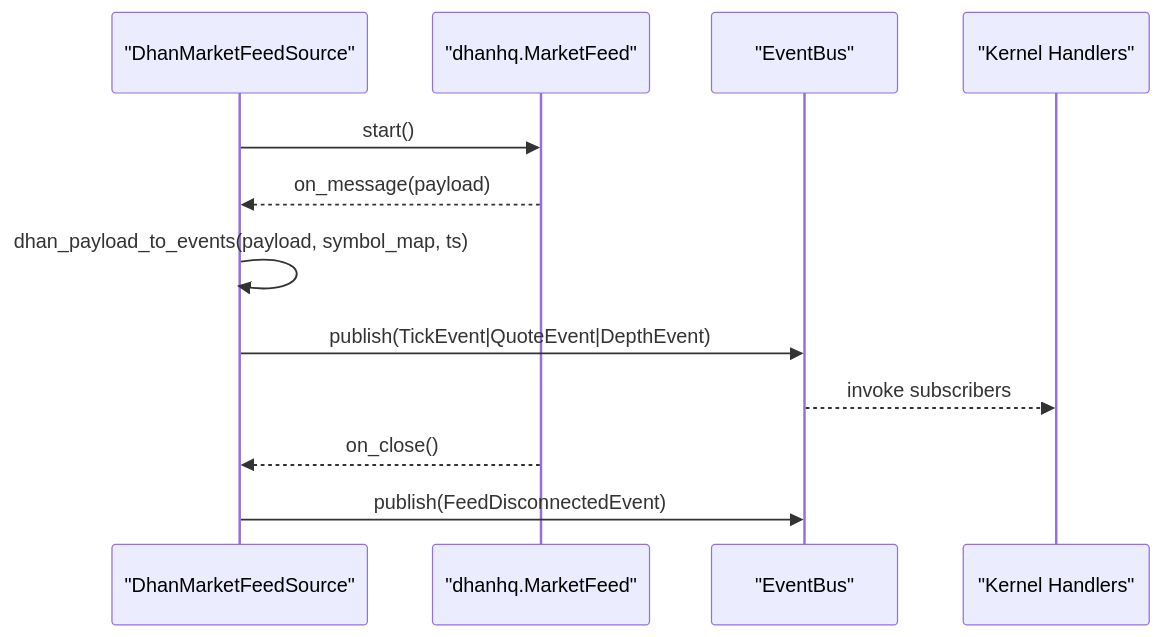
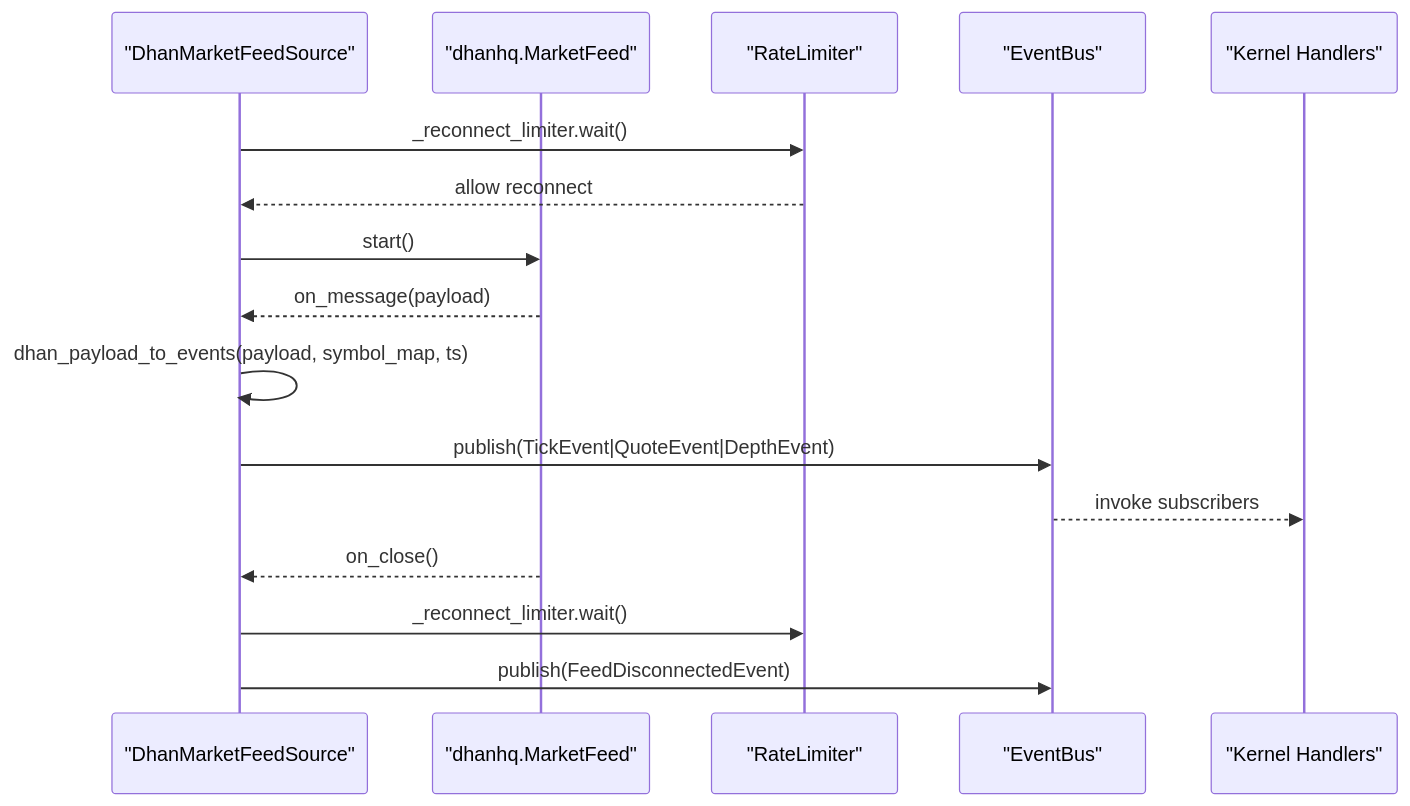
Before and after one commit to Ganesh-Kusundal/nTrade: the sixth of 11 diagrams in .qoder/repowiki/en/content/Broker Integration/Transport Layer & Connectivity.md, drawn with Mermaid. The commit also changed other lines of this file and 331 other files, not shown here.

````diff
--- a/.qoder/repowiki/en/content/Broker Integration/Transport Layer & Connectivity.md
+++ b/.qoder/repowiki/en/content/Broker Integration/Transport Layer & Connectivity.md
@@ -336,14 +365,18 @@
 ```mermaid
 sequenceDiagram
 participant Source as "DhanMarketFeedSource"
 participant Feed as "dhanhq.MarketFeed"
+participant Limiter as "RateLimiter"
 participant Bus as "EventBus"
 participant Handler as "Kernel Handlers"
+Source->>Limiter : _reconnect_limiter.wait()
+Limiter-->>Source : allow reconnect
 Source->>Feed : start()
 Feed-->>Source : on_message(payload)
 Source->>Source : dhan_payload_to_events(payload, symbol_map, ts)
 Source->>Bus : publish(TickEvent|QuoteEvent|DepthEvent)
 Bus-->>Handler : invoke subscribers
 Feed-->>Source : on_close()
+Source->>Limiter : _reconnect_limiter.wait()
 Source->>Bus : publish(FeedDisconnectedEvent)
 ```
````
